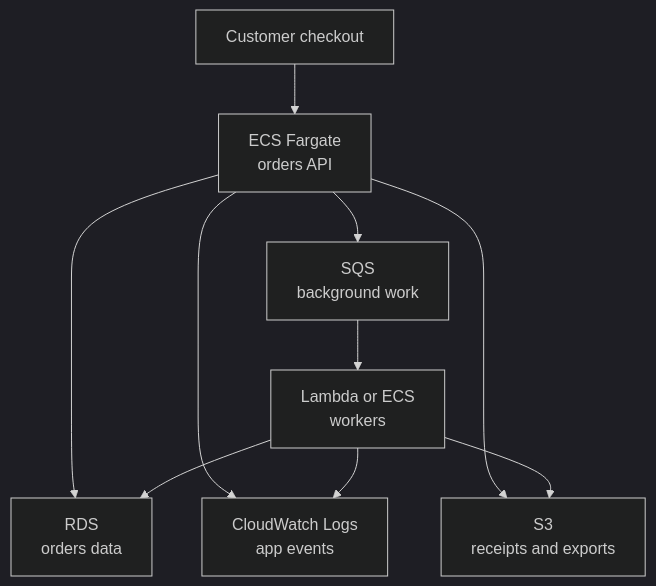
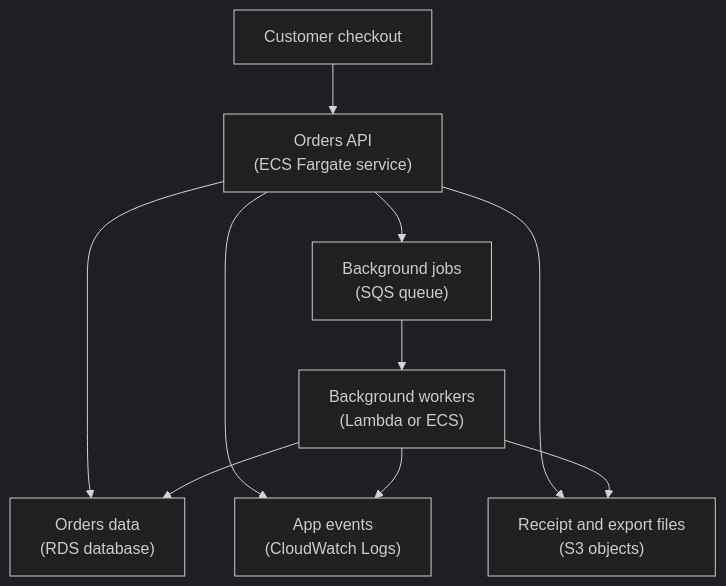
Before and after one commit to senlinyy/dev-roadmaps: the diagram in cloud-providers/aws/cost-resilience/cost-management.md, drawn with Mermaid (dark theme). The commit also changed 89 other files, not shown here.

````diff
--- a/cloud-providers/aws/cost-resilience/cost-management.md
+++ b/cloud-providers/aws/cost-resilience/cost-management.md
@@ -67,12 +67,12 @@
 ```mermaid
 flowchart TD
-    User["Customer checkout"] --> API["ECS Fargate<br/>orders API"]
-    API --> RDS["RDS<br/>orders data"]
-    API --> Logs["CloudWatch Logs<br/>app events"]
-    API --> S3["S3<br/>receipts and exports"]
-    API --> SQS["SQS<br/>background work"]
-    SQS --> Workers["Lambda or ECS<br/>workers"]
+    User["Customer checkout"] --> API["Orders API<br/>(ECS Fargate service)"]
+    API --> RDS["Orders data<br/>(RDS database)"]
+    API --> Logs["App events<br/>(CloudWatch Logs)"]
+    API --> S3["Receipt and export files<br/>(S3 objects)"]
+    API --> SQS["Background jobs<br/>(SQS queue)"]
+    SQS --> Workers["Background workers<br/>(Lambda or ECS)"]
     Workers --> Logs
     Workers --> RDS
     Workers --> S3
 ```
````
